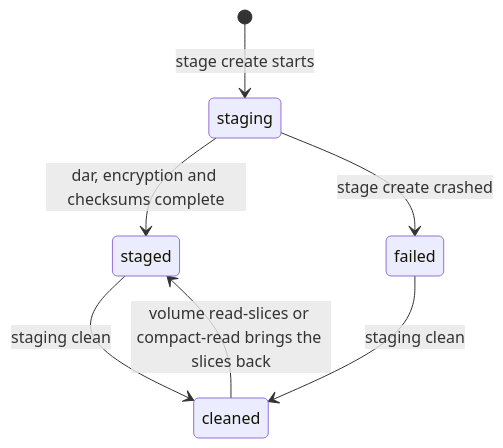
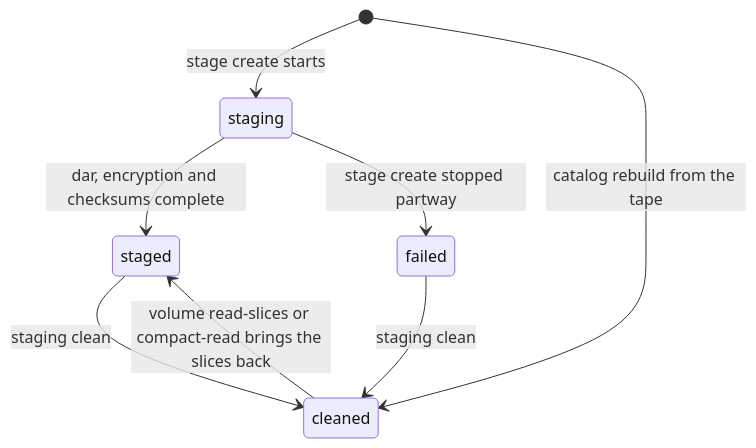
Before and after one commit to mikmorg/tapectl: the seventh of 7 diagrams in docs/concepts.md, drawn with Mermaid. The commit also changed other lines of this file and 13 other files, not shown here.

````diff
--- a/docs/concepts.md
+++ b/docs/concepts.md
@@ -641,9 +786,10 @@
 ```mermaid
 stateDiagram-v2
     [*] --> staging : stage create starts
+    [*] --> cleaned : catalog rebuild from the tape
     staging --> staged : dar, encryption and checksums complete
-    staging --> failed : stage create crashed
+    staging --> failed : stage create stopped partway
     staged --> cleaned : staging clean
     failed --> cleaned : staging clean
     cleaned --> staged : volume read-slices or compact-read brings the slices back
 ```
````
